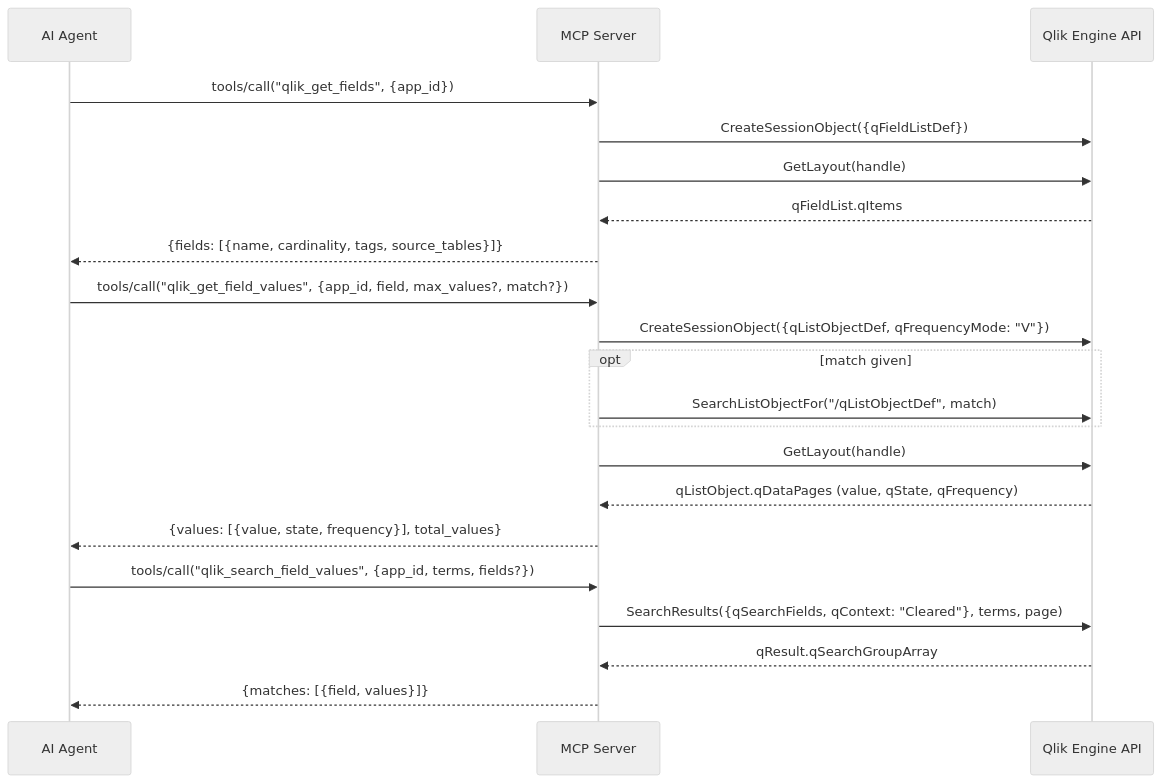
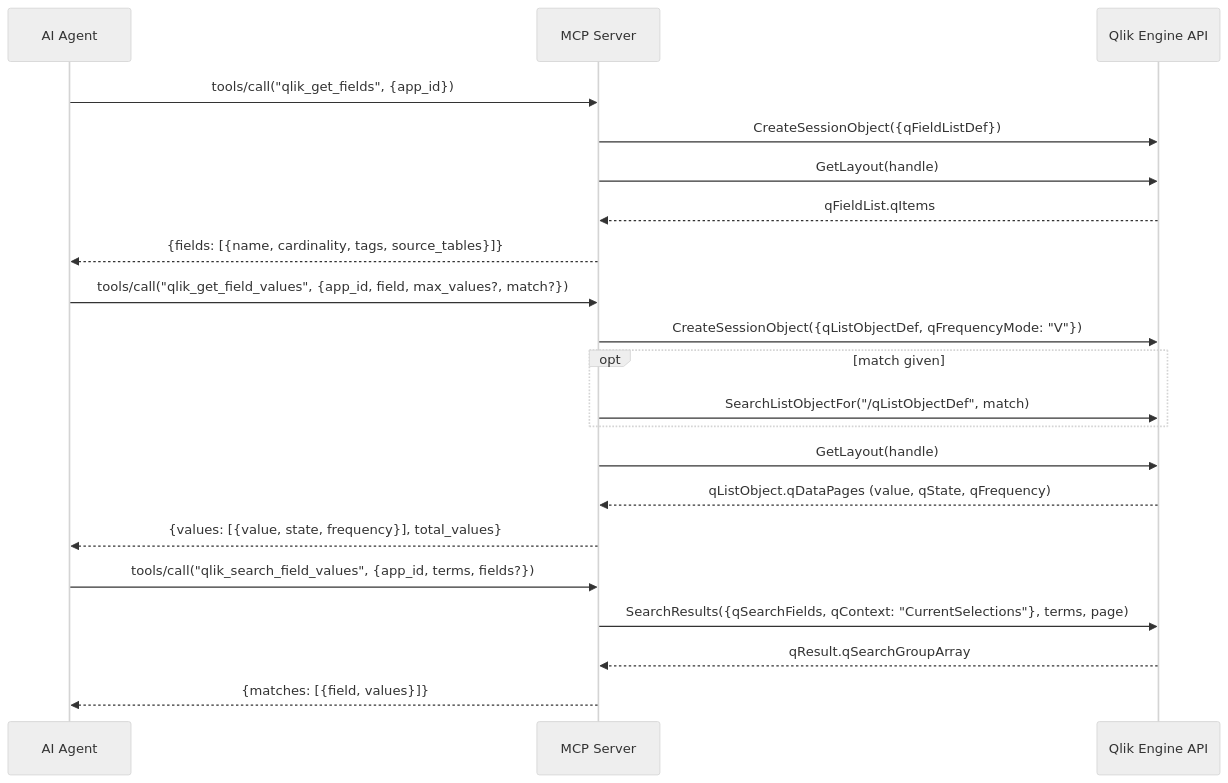
Before and after one commit to ssevera1/Qlik-Cloud-MCP-Server: the fifth of 12 diagrams in design/c4-diagrams/c3-component.md, drawn with Mermaid (neutral theme). The commit also changed other lines of this file and 40 other files, not shown here.

````diff
--- a/design/c4-diagrams/c3-component.md
+++ b/design/c4-diagrams/c3-component.md
@@ -107,26 +116,26 @@
 ```mermaid
 sequenceDiagram
     participant Agent as AI Agent
     participant MCP as MCP Server
     participant Engine as Qlik Engine API
 
     Agent->>MCP: tools/call("qlik_get_fields", {app_id})
     MCP->>Engine: CreateSessionObject({qFieldListDef})
     MCP->>Engine: GetLayout(handle)
     Engine-->>MCP: qFieldList.qItems
     MCP-->>Agent: {fields: [{name, cardinality, tags, source_tables}]}
 
     Agent->>MCP: tools/call("qlik_get_field_values", {app_id, field, max_values?, match?})
     MCP->>Engine: CreateSessionObject({qListObjectDef, qFrequencyMode: "V"})
     opt match given
         MCP->>Engine: SearchListObjectFor("/qListObjectDef", match)
     end
     MCP->>Engine: GetLayout(handle)
     Engine-->>MCP: qListObject.qDataPages (value, qState, qFrequency)
     MCP-->>Agent: {values: [{value, state, frequency}], total_values}
 
     Agent->>MCP: tools/call("qlik_search_field_values", {app_id, terms, fields?})
-    MCP->>Engine: SearchResults({qSearchFields, qContext: "Cleared"}, terms, page)
+    MCP->>Engine: SearchResults({qSearchFields, qContext: "CurrentSelections"}, terms, page)
     Engine-->>MCP: qResult.qSearchGroupArray
     MCP-->>Agent: {matches: [{field, values}]}
 ```
````
